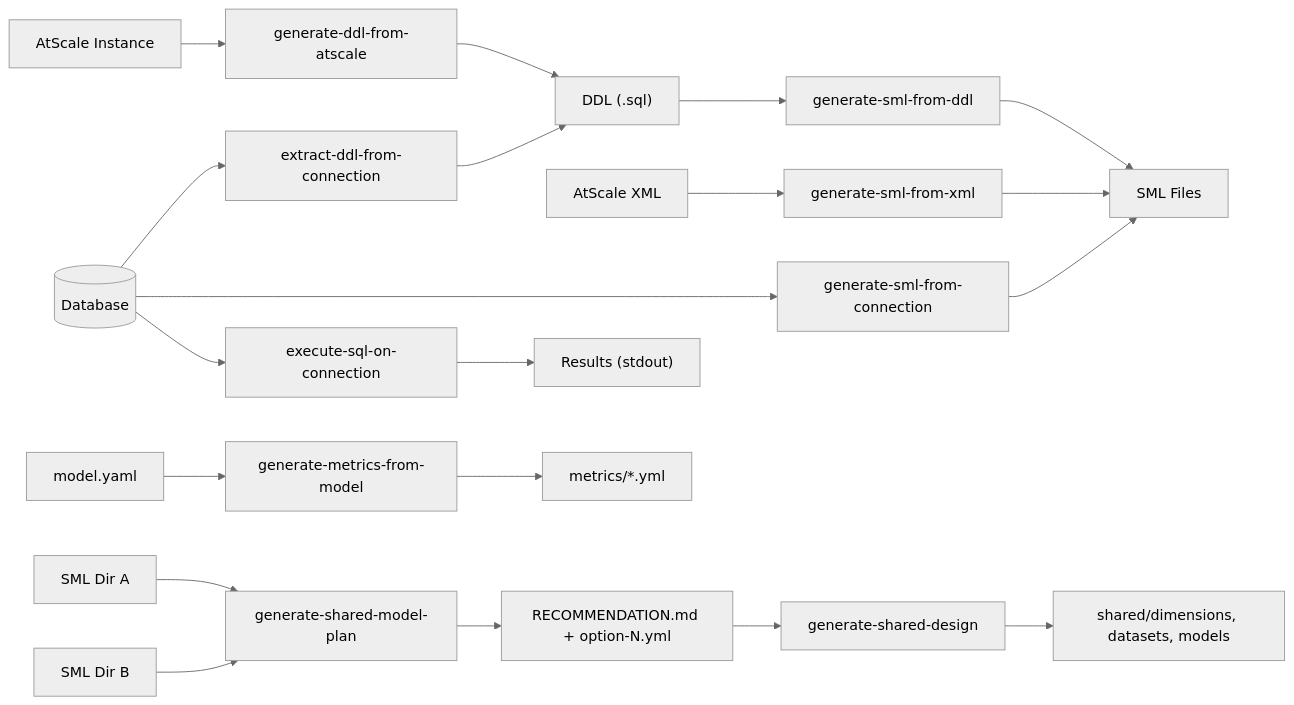
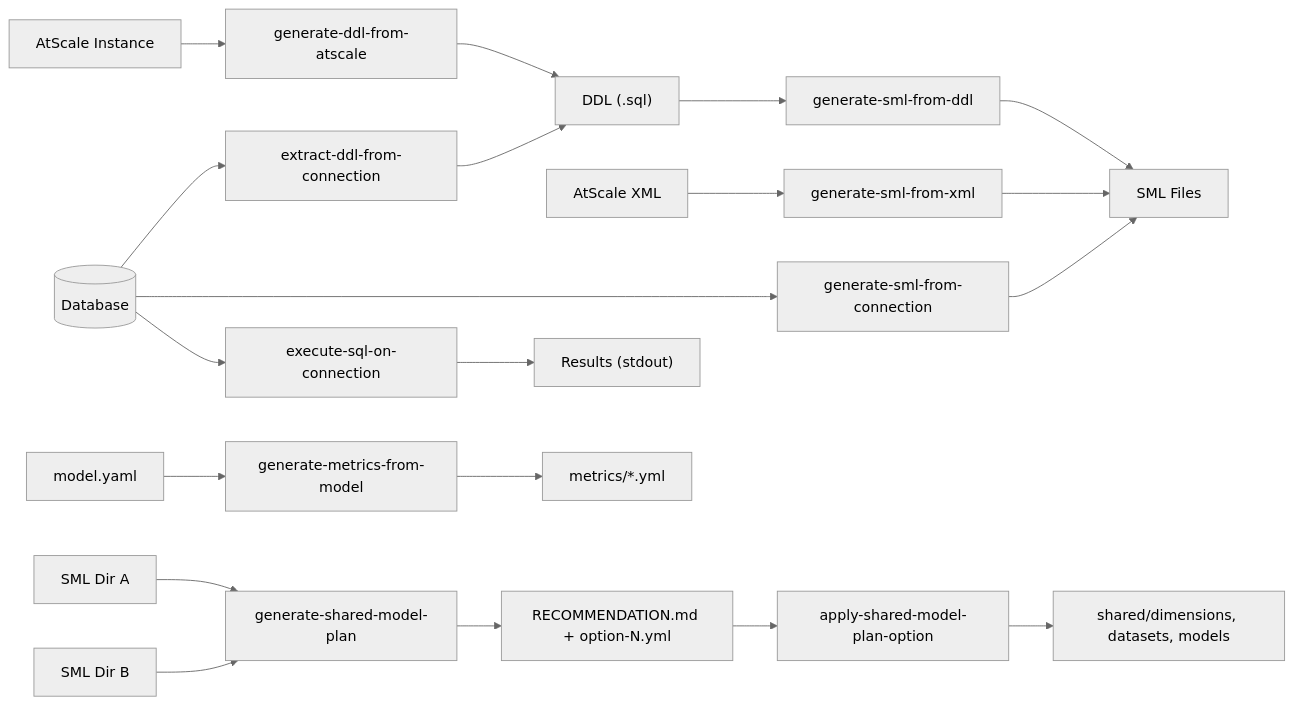
The second of 8 diagrams in README.md (AtScaleInc/ps-utils), drawn with Mermaid (neutral theme) before and after one commit. The commit also changed other lines of this file and 15 other files, not shown here.

First line of the commit message:
feat: add ApplySharedModelPlanOption operation and design applier

````diff
--- a/README.md
+++ b/README.md
@@ -27,13 +27,13 @@
 ```mermaid
 flowchart LR
     DB[("Database")] --> A["extract-ddl-from-connection"] --> DDL["DDL (.sql)"]
     ATS["AtScale Instance"] --> B["generate-ddl-from-atscale"] --> DDL
     DDL --> C["generate-sml-from-ddl"] --> SML["SML Files"]
     DB --> D["generate-sml-from-connection"] --> SML
     XML["AtScale XML"] --> G["generate-sml-from-xml"] --> SML
     SML2A["SML Dir A"] --> H["generate-shared-model-plan"] --> PLAN["RECOMMENDATION.md + option-N.yml"]
     SML2B["SML Dir B"] --> H
-    PLAN --> I["generate-shared-design"] --> SHARED["shared/dimensions, datasets, models"]
+    PLAN --> I["apply-shared-model-plan-option"] --> SHARED["shared/dimensions, datasets, models"]
     DB --> E["execute-sql-on-connection"] --> OUT["Results (stdout)"]
     MODEL["model.yaml"] --> F["generate-metrics-from-model"] --> METRICS["metrics/*.yml"]
 ```
````
